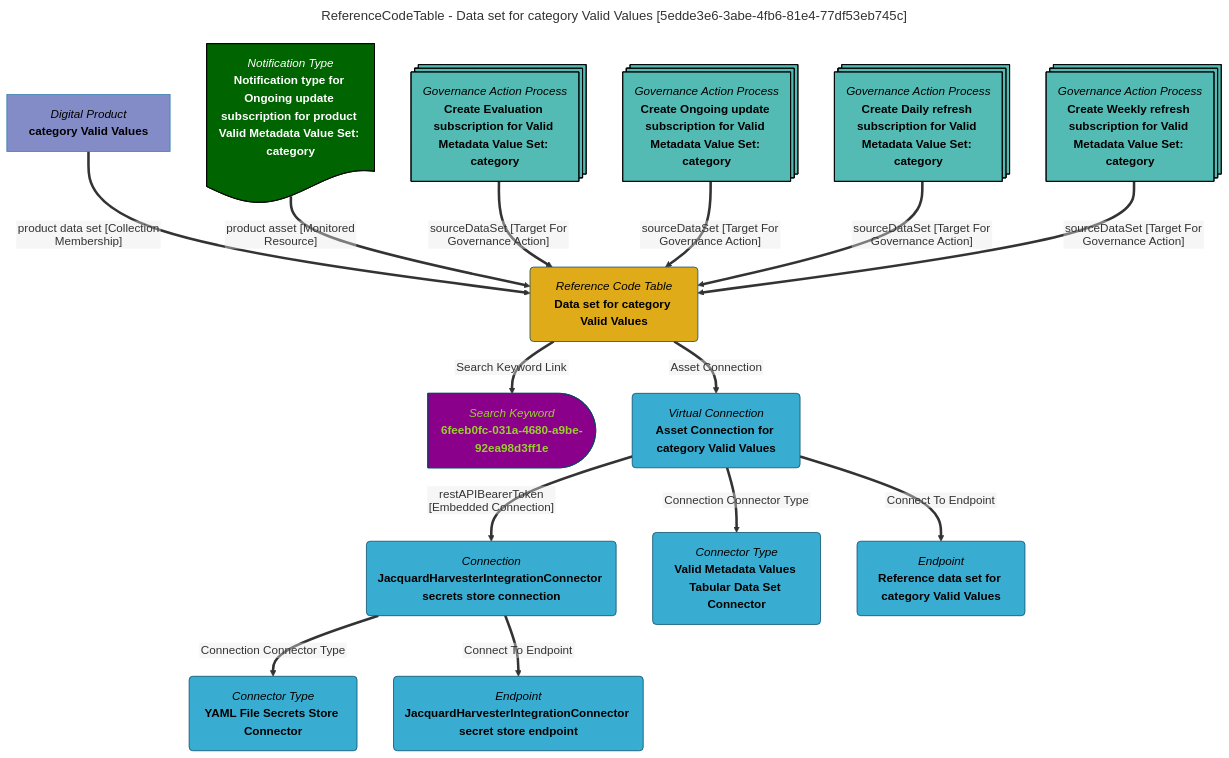
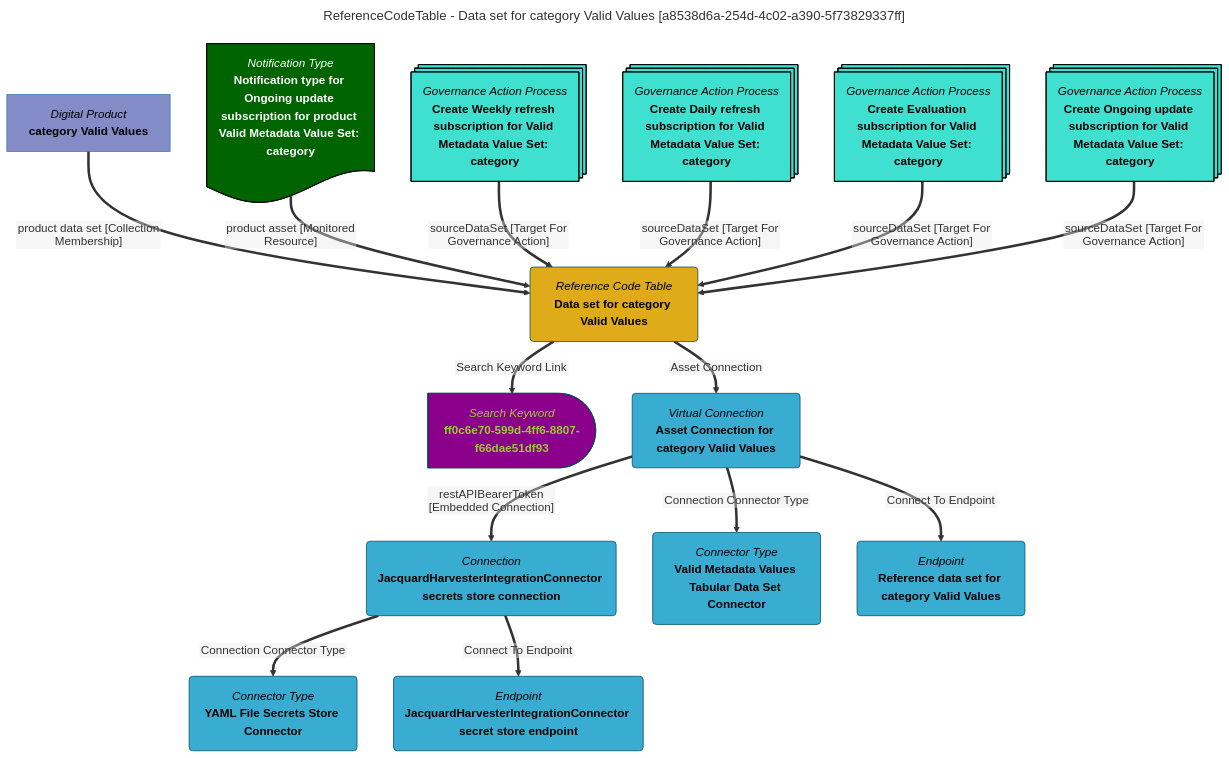
Before and after one commit to odpi/egeria-docs: the diagram in site/snippets/data-assets/data-set-for-category-valid-values-mermaid-graph.md, drawn with Mermaid. The commit also changed 2201 other files, not shown here.

````diff
--- a/site/snippets/data-assets/data-set-for-category-valid-values-mermaid-graph.md
+++ b/site/snippets/data-assets/data-set-for-category-valid-values-mermaid-graph.md
@@ -1,63 +1,63 @@
 ```mermaid
 ---
-title: ReferenceCodeTable - Data set for category Valid Values [5edde3e6-3abe-4fb6-81e4-77df53eb745c]
+title: ReferenceCodeTable - Data set for category Valid Values [a8538d6a-254d-4c02-a390-5f73829337ff]
 ---
 flowchart TD
 %%{init: {"flowchart": {"htmlLabels": false}} }%%
 
 1@{ shape: rounded, label: "*Reference Code Table*
 **Data set for category Valid Values**"}
 2@{ shape: delay, label: "*Search Keyword*
-**6feeb0fc-031a-4680-a9be-92ea98d3ff1e**"}
+**ff0c6e70-599d-4ff6-8807-f66dae51df93**"}
 1==>|"Search Keyword Link"|2
 3@{ shape: rect, label: "*Digital Product*
 **category Valid Values**"}
 3==>|"product data set [Collection Membership]"|1
 4@{ shape: rounded, label: "*Virtual Connection*
 **Asset Connection for category Valid Values**"}
 1==>|"Asset Connection"|4
 5@{ shape: rounded, label: "*Connection*
 **JacquardHarvesterIntegrationConnector secrets store connection**"}
 4==>|"restAPIBearerToken [Embedded Connection]"|5
 6@{ shape: rounded, label: "*Connector Type*
 **YAML File Secrets Store Connector**"}
 5==>|"Connection Connector Type"|6
 7@{ shape: rounded, label: "*Endpoint*
 **JacquardHarvesterIntegrationConnector secret store endpoint**"}
 5==>|"Connect To Endpoint"|7
 8@{ shape: rounded, label: "*Connector Type*
 **Valid Metadata Values Tabular Data Set Connector**"}
 4==>|"Connection Connector Type"|8
 9@{ shape: rounded, label: "*Endpoint*
 **Reference data set for category Valid Values**"}
 4==>|"Connect To Endpoint"|9
 10@{ shape: doc, label: "*Notification Type*
 **Notification type for Ongoing update subscription for product Valid Metadata Value Set: category**"}
 10==>|"product asset [Monitored Resource]"|1
 11@{ shape: processes, label: "*Governance Action Process*
-**Create Evaluation subscription for Valid Metadata Value Set: category**"}
+**Create Weekly refresh subscription for Valid Metadata Value Set: category**"}
 11==>|"sourceDataSet [Target For Governance Action]"|1
 12@{ shape: processes, label: "*Governance Action Process*
-**Create Ongoing update subscription for Valid Metadata Value Set: category**"}
+**Create Daily refresh subscription for Valid Metadata Value Set: category**"}
 12==>|"sourceDataSet [Target For Governance Action]"|1
 13@{ shape: processes, label: "*Governance Action Process*
-**Create Daily refresh subscription for Valid Metadata Value Set: category**"}
+**Create Evaluation subscription for Valid Metadata Value Set: category**"}
 13==>|"sourceDataSet [Target For Governance Action]"|1
 14@{ shape: processes, label: "*Governance Action Process*
-**Create Weekly refresh subscription for Valid Metadata Value Set: category**"}
+**Create Ongoing update subscription for Valid Metadata Value Set: category**"}
 14==>|"sourceDataSet [Target For Governance Action]"|1
-style 11 color:#000000, fill:#53bbb4, stroke:#000000
-style 12 color:#000000, fill:#53bbb4, stroke:#000000
-style 13 color:#000000, fill:#53bbb4, stroke:#000000
-style 14 color:#000000, fill:#53bbb4, stroke:#000000
+style 11 color:#000000, fill:#40E0D0, stroke:#000000
+style 12 color:#000000, fill:#40E0D0, stroke:#000000
+style 13 color:#000000, fill:#40E0D0, stroke:#000000
+style 14 color:#000000, fill:#40E0D0, stroke:#000000
 style 1 color:#000000, fill:#e0ab18, stroke:#004563
-style 2 color:#9acd32, fill:#8b008b, stroke:#004563
+style 2 color:#9ACD32, fill:#8B008B, stroke:#004563
 style 3 color:#000000, fill:#838cc7, stroke:#3079ab
 style 4 color:#000000, fill:#39add1, stroke:#004563
 style 5 color:#000000, fill:#39add1, stroke:#004563
 style 6 color:#000000, fill:#39add1, stroke:#004563
 style 7 color:#000000, fill:#39add1, stroke:#004563
 style 8 color:#000000, fill:#39add1, stroke:#004563
 style 9 color:#000000, fill:#39add1, stroke:#004563
 style 10 color:#FFFFFF, fill:#006400, stroke:#000000
 ```
````
